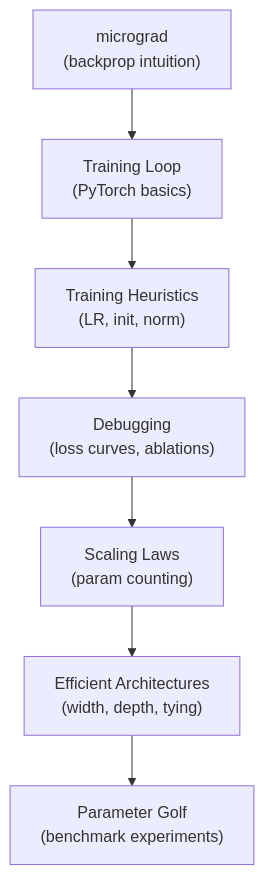
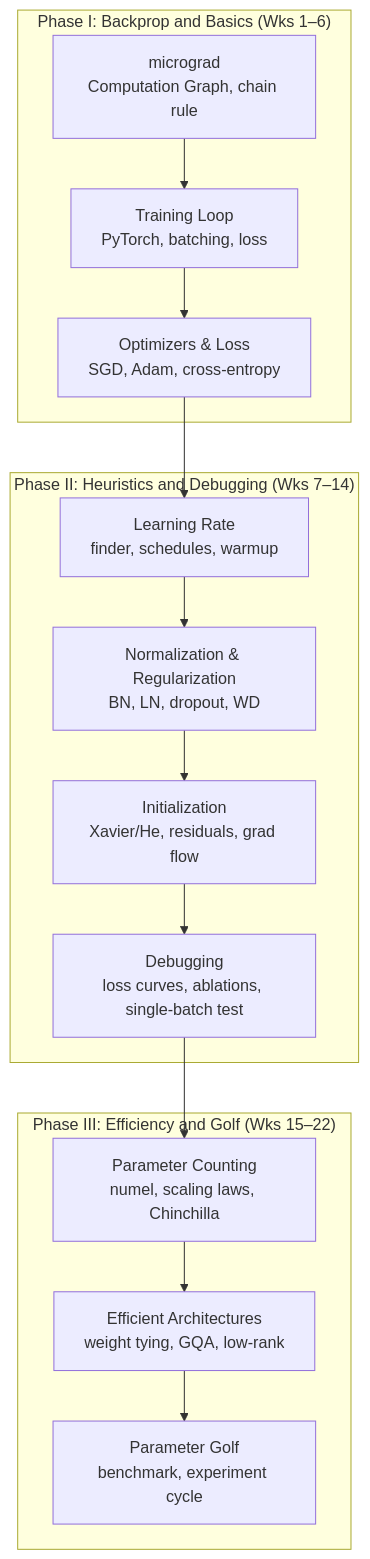
Before and after one commit to calwoo/research-notes: the diagram in curricula/deep-learning-engineering/curriculum.md, drawn with Mermaid. The commit also changed other lines of this file and 3 other files, not shown here.

````diff
--- a/curricula/deep-learning-engineering/curriculum.md
+++ b/curricula/deep-learning-engineering/curriculum.md
@@ -21,17 +24,31 @@
 ```mermaid
 flowchart TD
-    micro["micrograd<br/>(backprop intuition)"]
-    loop["Training Loop<br/>(PyTorch basics)"]
-    heuristics["Training Heuristics<br/>(LR, init, norm)"]
-    debug["Debugging<br/>(loss curves, ablations)"]
-    scaling["Scaling Laws<br/>(param counting)"]
-    arch["Efficient Architectures<br/>(width, depth, tying)"]
-    golf["Parameter Golf<br/>(benchmark experiments)"]
+    subgraph P1["Phase I: Backprop and Basics (Wks 1–6)"]
+        micro["micrograd<br/>Computation Graph, chain rule"]
+        loop["Training Loop<br/>PyTorch, batching, loss"]
+        opt["Optimizers & Loss<br/>SGD, Adam, cross-entropy"]
+    end
+
+    subgraph P2["Phase II: Heuristics and Debugging (Wks 7–14)"]
+        lr["Learning Rate<br/>finder, schedules, warmup"]
+        norm["Normalization & Regularization<br/>BN, LN, dropout, WD"]
+        init["Initialization<br/>Xavier/He, residuals, grad flow"]
+        debug["Debugging<br/>loss curves, ablations, single-batch test"]
+    end
+
+    subgraph P3["Phase III: Efficiency and Golf (Wks 15–22)"]
+        count["Parameter Counting<br/>numel, scaling laws, Chinchilla"]
+        arch["Efficient Architectures<br/>weight tying, GQA, low-rank"]
+        golf["Parameter Golf<br/>benchmark, experiment cycle"]
+    end
 
     micro --> loop
-    loop --> heuristics
-    heuristics --> debug
-    debug --> scaling
-    scaling --> arch
+    loop --> opt
+    opt --> lr
+    lr --> norm
+    norm --> init
+    init --> debug
+    debug --> count
+    count --> arch
     arch --> golf
 ```
````
